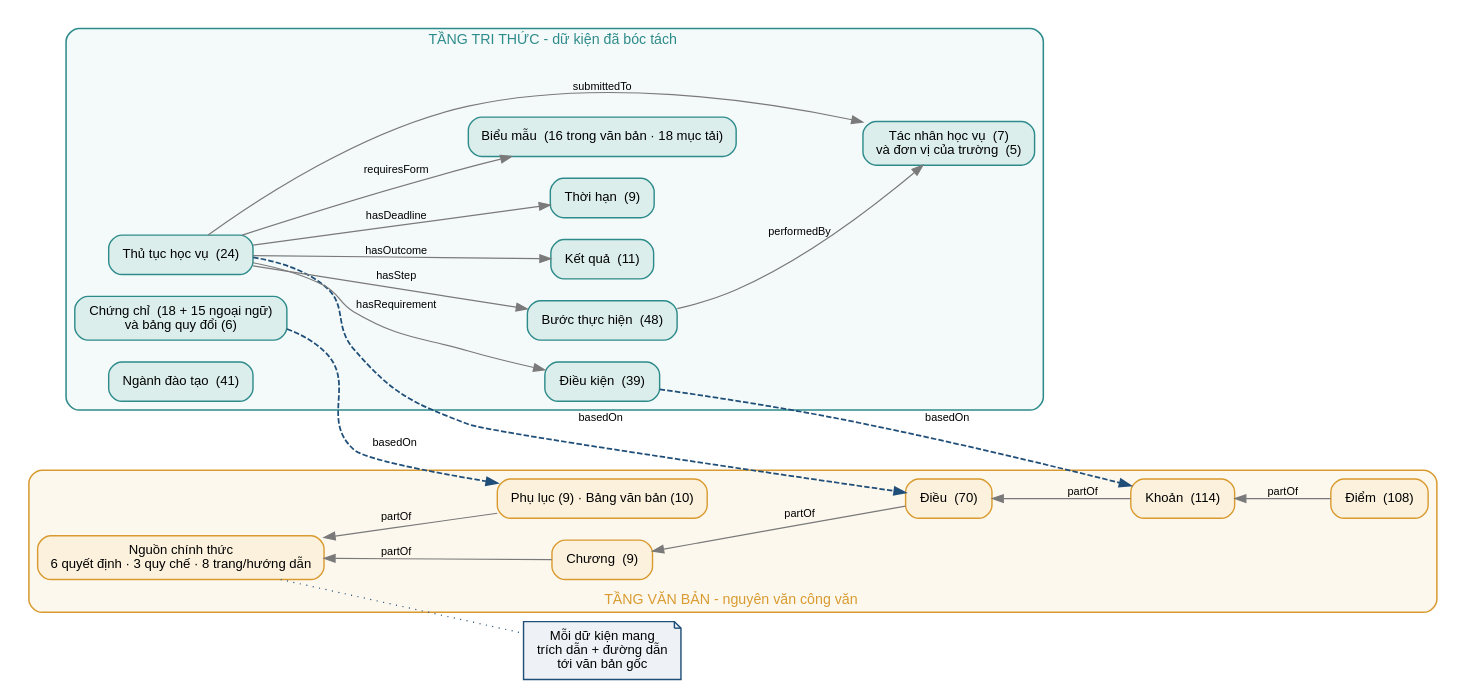
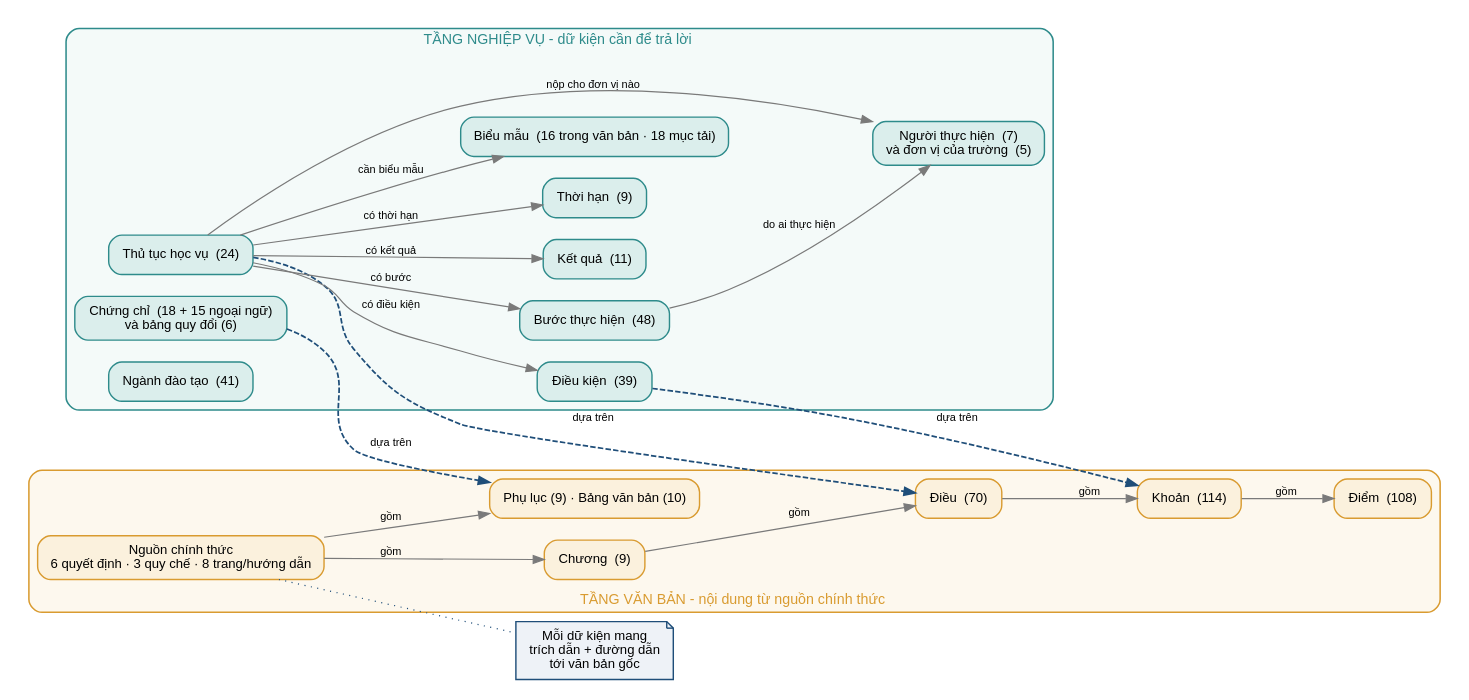
The diagram in artifacts/figures/ontology-diagram.dot (vpthinh19/ontology-chatbot), drawn with Graphviz before and after one commit. The commit also changed 15 other files, not shown here.

Commit message:
docs: simplify explanations and diagram terminology

```diff
--- a/artifacts/figures/ontology-diagram.dot
+++ b/artifacts/figures/ontology-diagram.dot
@@ -1,52 +1,52 @@
 digraph ontology {
   pad=0.15;
   rankdir=LR; bgcolor="white"; nodesep=0.28; ranksep=0.75; compound=true;
   node [shape=box, style="rounded,filled", fontname="Liberation Sans", fontsize=12,
         penwidth=1.3, margin="0.18,0.10"];
   edge [fontname="Liberation Sans", fontsize=10, color="#7a7a7a", penwidth=1.1];
 
   subgraph cluster_vb {
-    label="  TẦNG VĂN BẢN - nguyên văn công văn  "; labelloc=b;
+    label="  TẦNG VĂN BẢN - nội dung từ nguồn chính thức  "; labelloc=b;
     fontname="Liberation Sans"; fontsize=13; fontcolor="#d99b30";
     color="#d99b30"; bgcolor="#fdf8ee"; style=rounded; penwidth=1.4;
     vb  [label="Nguồn chính thức\n6 quyết định · 3 quy chế · 8 trang/hướng dẫn", fillcolor="#fbf1dd", color="#d99b30"];
     ch  [label="Chương  (9)", fillcolor="#fbf1dd", color="#d99b30"];
     dieu[label="Điều  (70)", fillcolor="#fbf1dd", color="#d99b30"];
     kho [label="Khoản  (114)", fillcolor="#fbf1dd", color="#d99b30"];
     diem[label="Điểm  (108)", fillcolor="#fbf1dd", color="#d99b30"];
     pl  [label="Phụ lục (9) · Bảng văn bản (10)", fillcolor="#fbf1dd", color="#d99b30"];
-    vb -> ch -> dieu -> kho -> diem [label=" partOf ", dir=back];
-    vb -> pl [label=" partOf ", dir=back];
+    vb -> ch -> dieu -> kho -> diem [label="  gồm  "];
+    vb -> pl [label="  gồm  "];
   }
 
   subgraph cluster_tt {
-    label="  TẦNG TRI THỨC - dữ kiện đã bóc tách  "; labelloc=t;
+    label="  TẦNG NGHIỆP VỤ - dữ kiện cần để trả lời  "; labelloc=t;
     fontname="Liberation Sans"; fontsize=13; fontcolor="#2e8b8b";
     color="#2e8b8b"; bgcolor="#f4faf9"; style=rounded; penwidth=1.4;
     tt  [label="Thủ tục học vụ  (24)", fillcolor="#dbeeec", color="#2e8b8b"];
     buoc[label="Bước thực hiện  (48)", fillcolor="#dbeeec", color="#2e8b8b"];
     dk  [label="Điều kiện  (39)", fillcolor="#dbeeec", color="#2e8b8b"];
     kq  [label="Kết quả  (11)", fillcolor="#dbeeec", color="#2e8b8b"];
     han [label="Thời hạn  (9)", fillcolor="#dbeeec", color="#2e8b8b"];
     bm  [label="Biểu mẫu  (16 trong văn bản · 18 mục tải)", fillcolor="#dbeeec", color="#2e8b8b"];
     nganh[label="Ngành đào tạo  (41)", fillcolor="#dbeeec", color="#2e8b8b"];
     cc  [label="Chứng chỉ  (18 + 15 ngoại ngữ)\nvà bảng quy đổi (6)", fillcolor="#dbeeec", color="#2e8b8b"];
-    tac [label="Tác nhân học vụ  (7)\nvà đơn vị của trường  (5)", fillcolor="#dbeeec", color="#2e8b8b"];
-    tt -> buoc [label=" hasStep "];
-    tt -> dk   [label=" hasRequirement "];
-    tt -> kq   [label=" hasOutcome "];
-    tt -> han  [label=" hasDeadline "];
-    tt -> bm   [label=" requiresForm "];
-    buoc -> tac [label=" performedBy "];
-    tt -> tac  [label=" submittedTo "];
+    tac [label="Người thực hiện  (7)\nvà đơn vị của trường  (5)", fillcolor="#dbeeec", color="#2e8b8b"];
+    tt -> buoc [label="  có bước  "];
+    tt -> dk   [label="  có điều kiện  "];
+    tt -> kq   [label="  có kết quả  "];
+    tt -> han  [label="  có thời hạn  "];
+    tt -> bm   [label="  cần biểu mẫu  "];
+    buoc -> tac [label="  do ai thực hiện  "];
+    tt -> tac  [label="  nộp cho đơn vị nào  "];
   }
 
   nguon [label="Mỗi dữ kiện mang\ntrích dẫn + đường dẫn\ntới văn bản gốc",
          shape=note, fillcolor="#eef2f7", color="#1f4e79", style=filled];
 
-  tt   -> dieu [label="  basedOn  ", color="#1f4e79", penwidth=1.6, style=dashed];
-  dk   -> kho  [label="  basedOn  ", color="#1f4e79", penwidth=1.6, style=dashed];
-  cc   -> pl   [label="  basedOn  ", color="#1f4e79", penwidth=1.6, style=dashed];
+  tt   -> dieu [label="  dựa trên  ", color="#1f4e79", penwidth=1.6, style=dashed];
+  dk   -> kho  [label="  dựa trên  ", color="#1f4e79", penwidth=1.6, style=dashed];
+  cc   -> pl   [label="  dựa trên  ", color="#1f4e79", penwidth=1.6, style=dashed];
   nganh -> pl  [style=invis];
   vb -> nguon [style=dotted, color="#1f4e79", arrowhead=none];
 }
```
